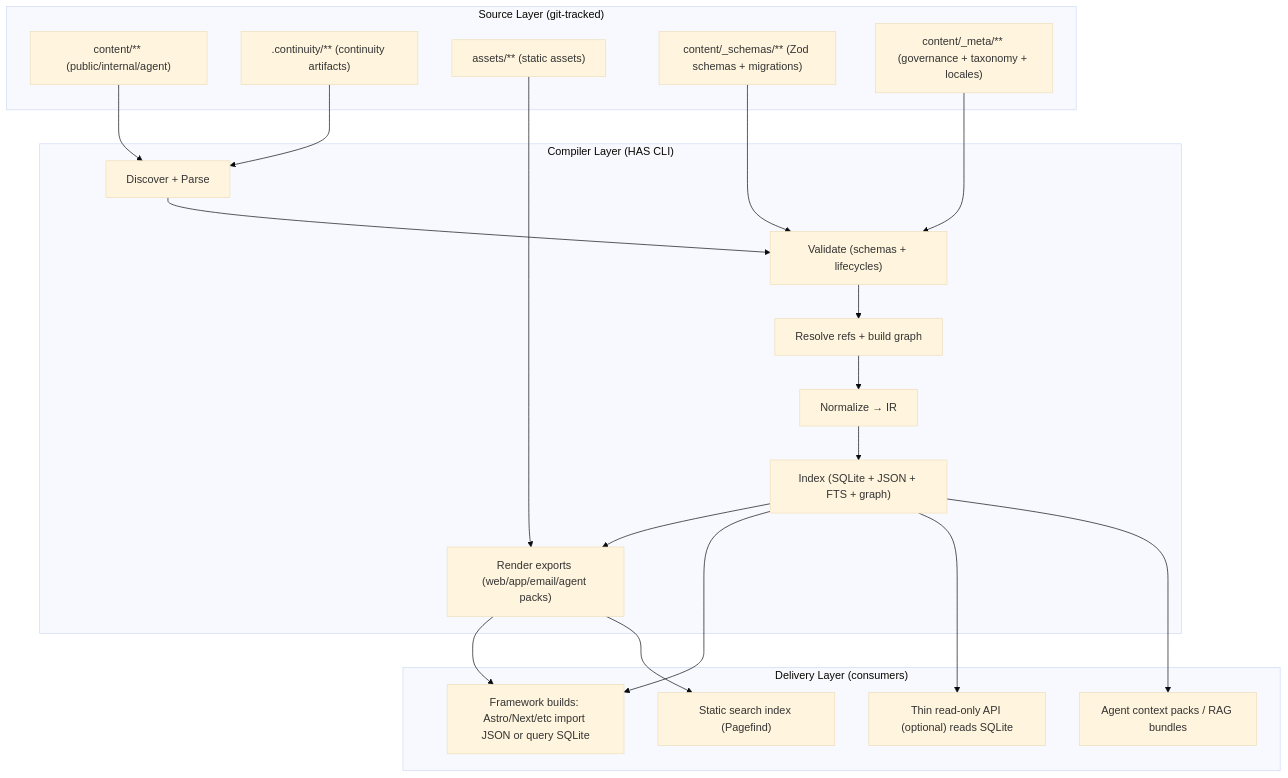
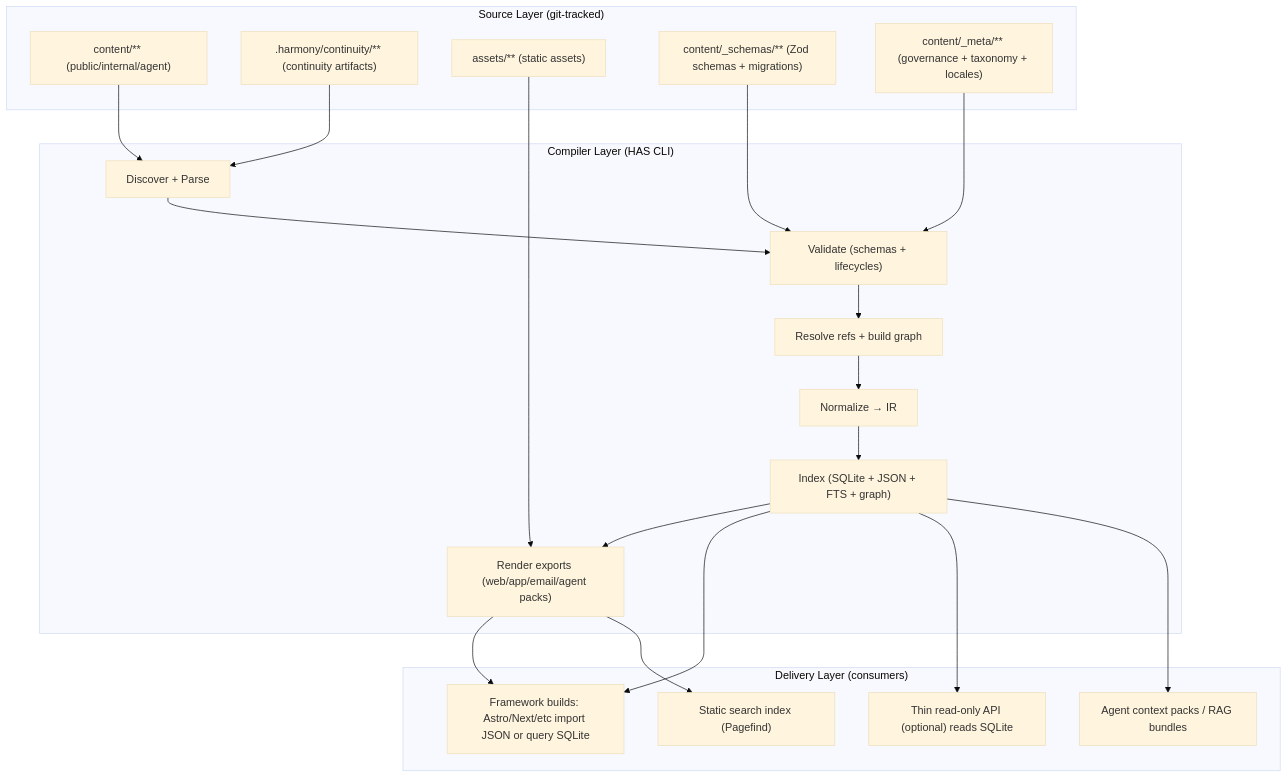
Before and after one commit to jamesryancooper/harmony: the second of 5 diagrams in .harmony/cognition/_meta/architecture/artifact-surface/architecture-diagram.md, drawn with Mermaid (base theme). The commit also changed other lines of this file and 41 other files, not shown here.

````diff
--- a/.harmony/cognition/_meta/architecture/artifact-surface/architecture-diagram.md
+++ b/.harmony/cognition/_meta/architecture/artifact-surface/architecture-diagram.md
@@ -59,37 +43,37 @@
 ```mermaid
 flowchart TB
   subgraph Source["Source Layer (git-tracked)"]
     A1["content/** (public/internal/agent)"]
-    A2[".continuity/** (continuity artifacts)"]
+    A2[".harmony/continuity/** (continuity artifacts)"]
     A3["assets/** (static assets)"]
     A4["content/_schemas/** (Zod schemas + migrations)"]
     A5["content/_meta/** (governance + taxonomy + locales)"]
   end
 
   subgraph Compiler["Compiler Layer (HAS CLI)"]
     B1["Discover + Parse"]
     B2["Validate (schemas + lifecycles)"]
     B3["Resolve refs + build graph"]
     B4["Normalize → IR"]
     B5["Index (SQLite + JSON + FTS + graph)"]
     B6["Render exports (web/app/email/agent packs)"]
   end
 
   subgraph Delivery["Delivery Layer (consumers)"]
     C1["Framework builds: Astro/Next/etc import JSON or query SQLite"]
     C2["Thin read-only API (optional) reads SQLite"]
     C3["Static search index (Pagefind)"]
     C4["Agent context packs / RAG bundles"]
   end
 
   A1 --> B1 --> B2 --> B3 --> B4 --> B5 --> B6
   A2 --> B1
   A3 --> B6
   A4 --> B2
   A5 --> B2
   B5 --> C1
   B5 --> C2
   B5 --> C4
   B6 --> C1
   B6 --> C3
 ```
````
